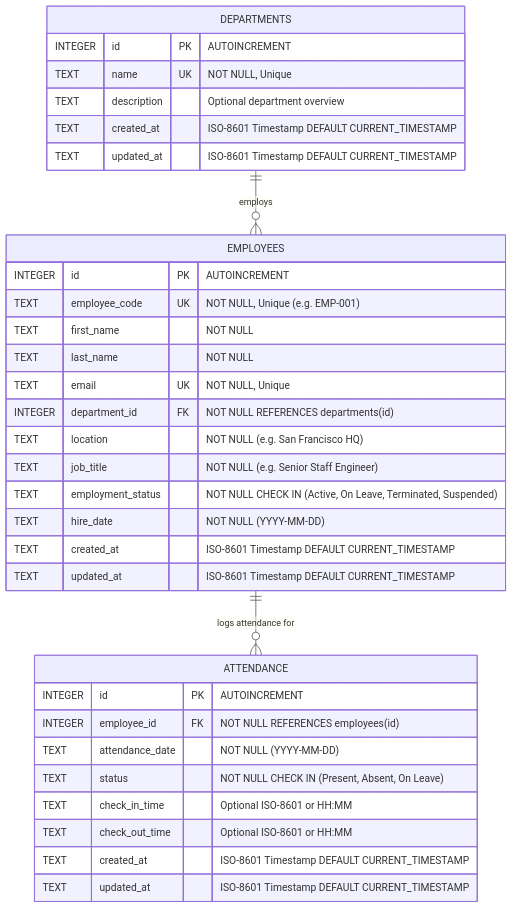
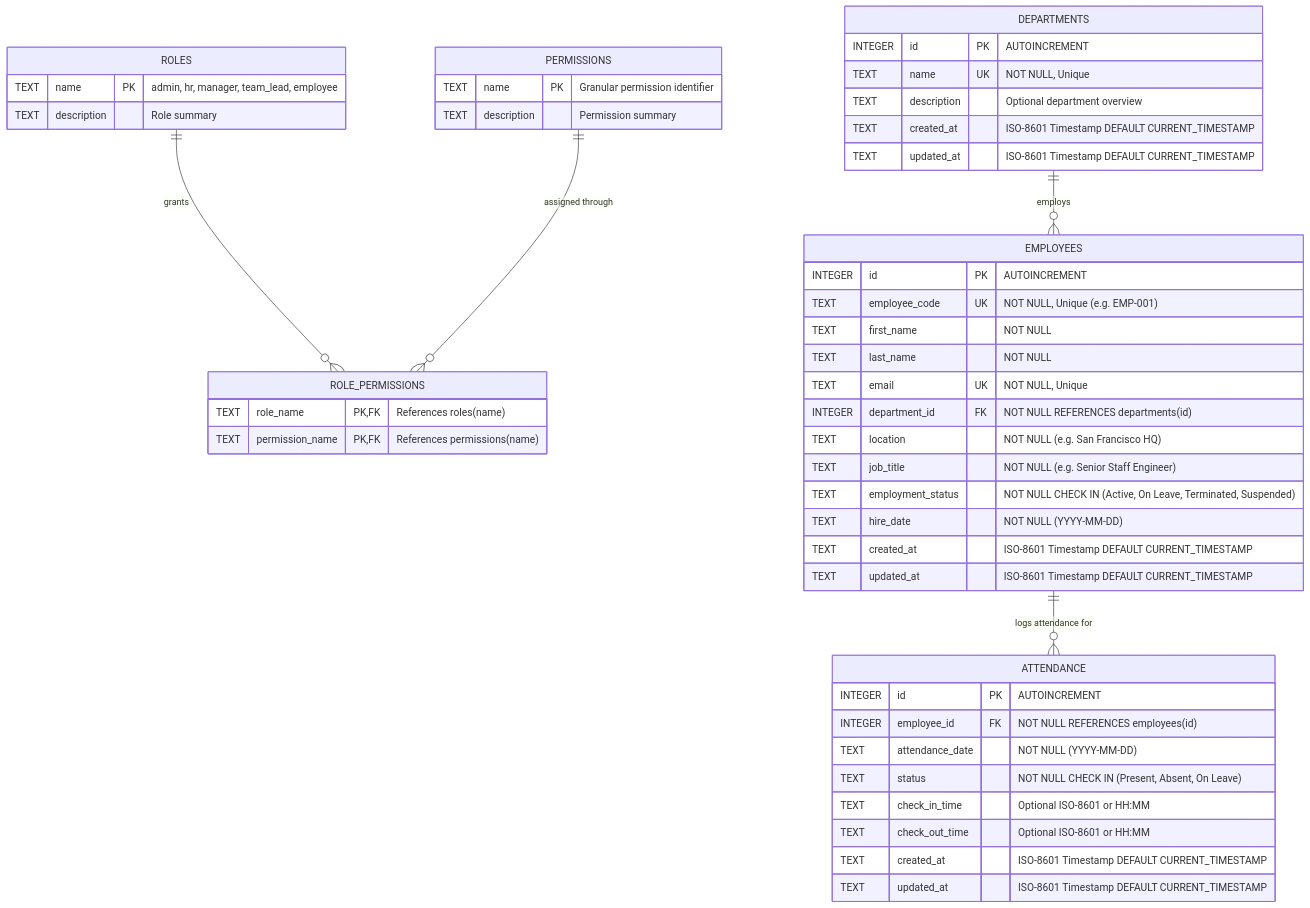
Before and after one commit to PavanReddy-27/Workforce: the diagram in docs/DATABASE.md, drawn with Mermaid. The commit also changed other lines of this file and 102 other files, not shown here.

````diff
--- a/docs/DATABASE.md
+++ b/docs/DATABASE.md
@@ -19,39 +19,56 @@
 ```mermaid
 erDiagram
+    ROLES ||--o{ ROLE_PERMISSIONS : "grants"
+    PERMISSIONS ||--o{ ROLE_PERMISSIONS : "assigned through"
     DEPARTMENTS ||--o{ EMPLOYEES : "employs"
     EMPLOYEES ||--o{ ATTENDANCE : "logs attendance for"
+
+    ROLES {
+        TEXT name PK "admin, hr, manager, team_lead, employee"
+        TEXT description "Role summary"
+    }
+
+    PERMISSIONS {
+        TEXT name PK "Granular permission identifier"
+        TEXT description "Permission summary"
+    }
+
+    ROLE_PERMISSIONS {
+        TEXT role_name PK, FK "References roles(name)"
+        TEXT permission_name PK, FK "References permissions(name)"
+    }
 
     DEPARTMENTS {
         INTEGER id PK "AUTOINCREMENT"
         TEXT name UK "NOT NULL, Unique"
         TEXT description "Optional department overview"
         TEXT created_at "ISO-8601 Timestamp DEFAULT CURRENT_TIMESTAMP"
         TEXT updated_at "ISO-8601 Timestamp DEFAULT CURRENT_TIMESTAMP"
     }
 
     EMPLOYEES {
         INTEGER id PK "AUTOINCREMENT"
         TEXT employee_code UK "NOT NULL, Unique (e.g. EMP-001)"
         TEXT first_name "NOT NULL"
         TEXT last_name "NOT NULL"
         TEXT email UK "NOT NULL, Unique"
         INTEGER department_id FK "NOT NULL REFERENCES departments(id)"
         TEXT location "NOT NULL (e.g. San Francisco HQ)"
         TEXT job_title "NOT NULL (e.g. Senior Staff Engineer)"
         TEXT employment_status "NOT NULL CHECK IN (Active, On Leave, Terminated, Suspended)"
         TEXT hire_date "NOT NULL (YYYY-MM-DD)"
         TEXT created_at "ISO-8601 Timestamp DEFAULT CURRENT_TIMESTAMP"
         TEXT updated_at "ISO-8601 Timestamp DEFAULT CURRENT_TIMESTAMP"
     }
 
     ATTENDANCE {
         INTEGER id PK "AUTOINCREMENT"
         INTEGER employee_id FK "NOT NULL REFERENCES employees(id)"
         TEXT attendance_date "NOT NULL (YYYY-MM-DD)"
         TEXT status "NOT NULL CHECK IN (Present, Absent, On Leave)"
         TEXT check_in_time "Optional ISO-8601 or HH:MM"
         TEXT check_out_time "Optional ISO-8601 or HH:MM"
         TEXT created_at "ISO-8601 Timestamp DEFAULT CURRENT_TIMESTAMP"
         TEXT updated_at "ISO-8601 Timestamp DEFAULT CURRENT_TIMESTAMP"
     }
 ```
````
